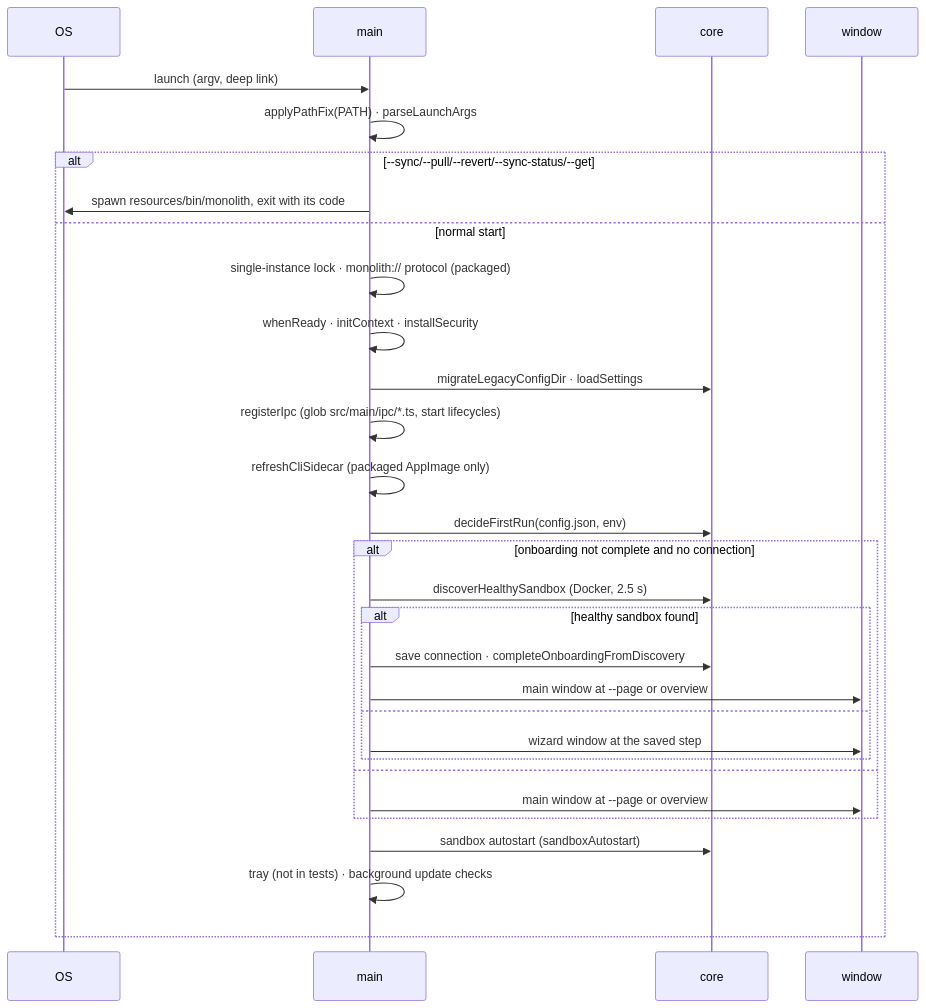
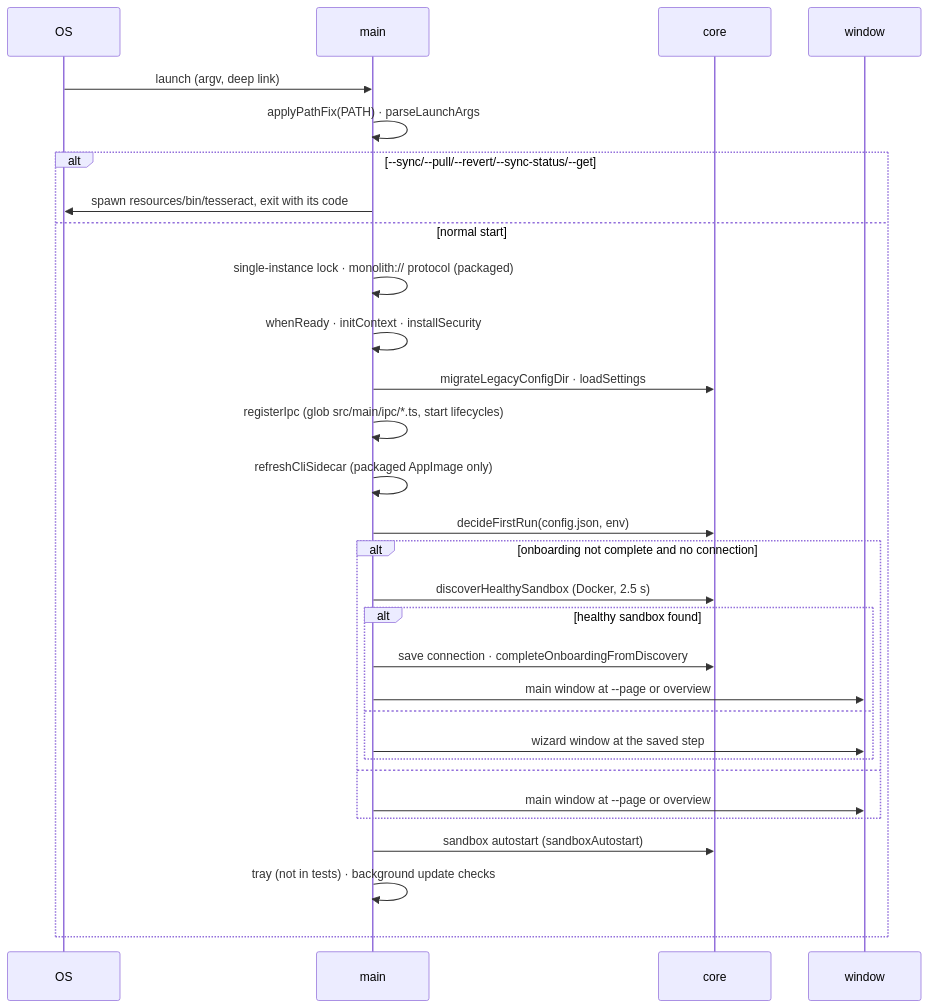
One commit to kevin-roan/tesseract changed the second of 4 diagrams in docs/architecture/electron-desktop.md. Above: the diagram before and after it, drawn with Mermaid. The commit also changed other lines of this file and 469 other files, not shown here.

````diff
--- a/docs/architecture/electron-desktop.md
+++ b/docs/architecture/electron-desktop.md
@@ -77,32 +77,32 @@
 ```mermaid
 sequenceDiagram
   participant OS
   participant M as main
   participant C as core
   participant W as window
   OS->>M: launch (argv, deep link)
   M->>M: applyPathFix(PATH) · parseLaunchArgs
   alt --sync/--pull/--revert/--sync-status/--get
-    M->>OS: spawn resources/bin/monolith, exit with its code
+    M->>OS: spawn resources/bin/tesseract, exit with its code
   else normal start
     M->>M: single-instance lock · monolith:// protocol (packaged)
     M->>M: whenReady · initContext · installSecurity
     M->>C: migrateLegacyConfigDir · loadSettings
     M->>M: registerIpc (glob src/main/ipc/*.ts, start lifecycles)
     M->>M: refreshCliSidecar (packaged AppImage only)
     M->>C: decideFirstRun(config.json, env)
     alt onboarding not complete and no connection
       M->>C: discoverHealthySandbox (Docker, 2.5 s)
       alt healthy sandbox found
         M->>C: save connection · completeOnboardingFromDiscovery
         M->>W: main window at --page or overview
       else
         M->>W: wizard window at the saved step
       end
     else
       M->>W: main window at --page or overview
     end
     M->>C: sandbox autostart (sandboxAutostart)
     M->>M: tray (not in tests) · background update checks
   end
 ```
````
